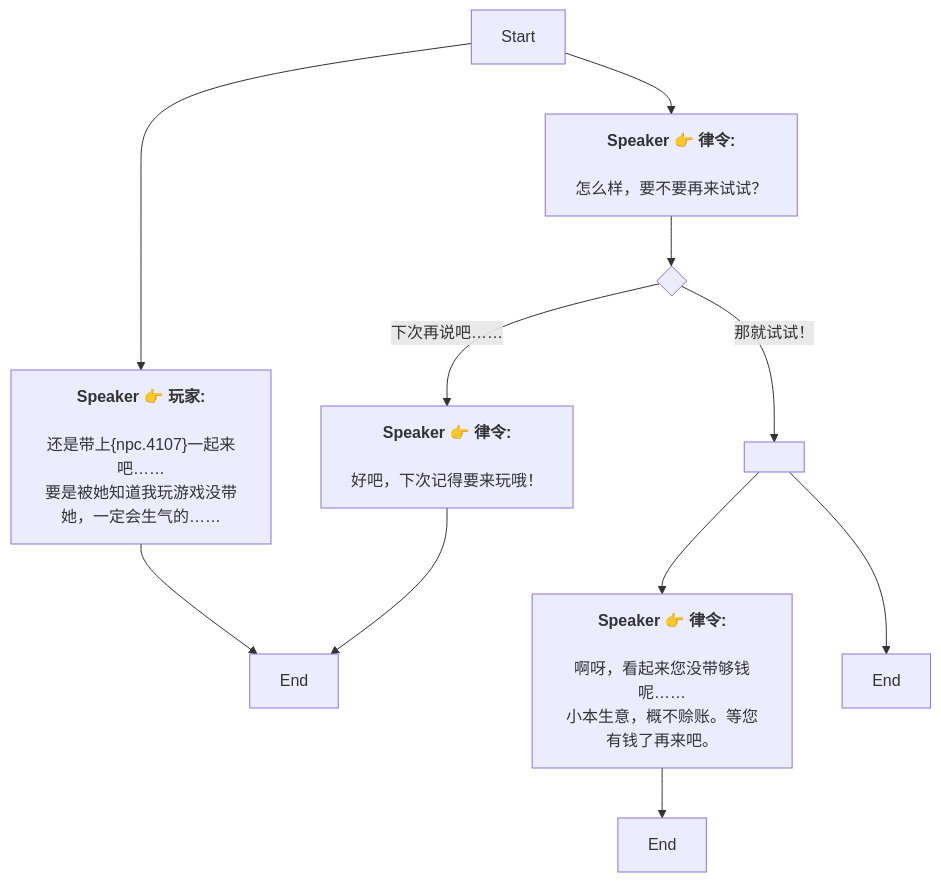
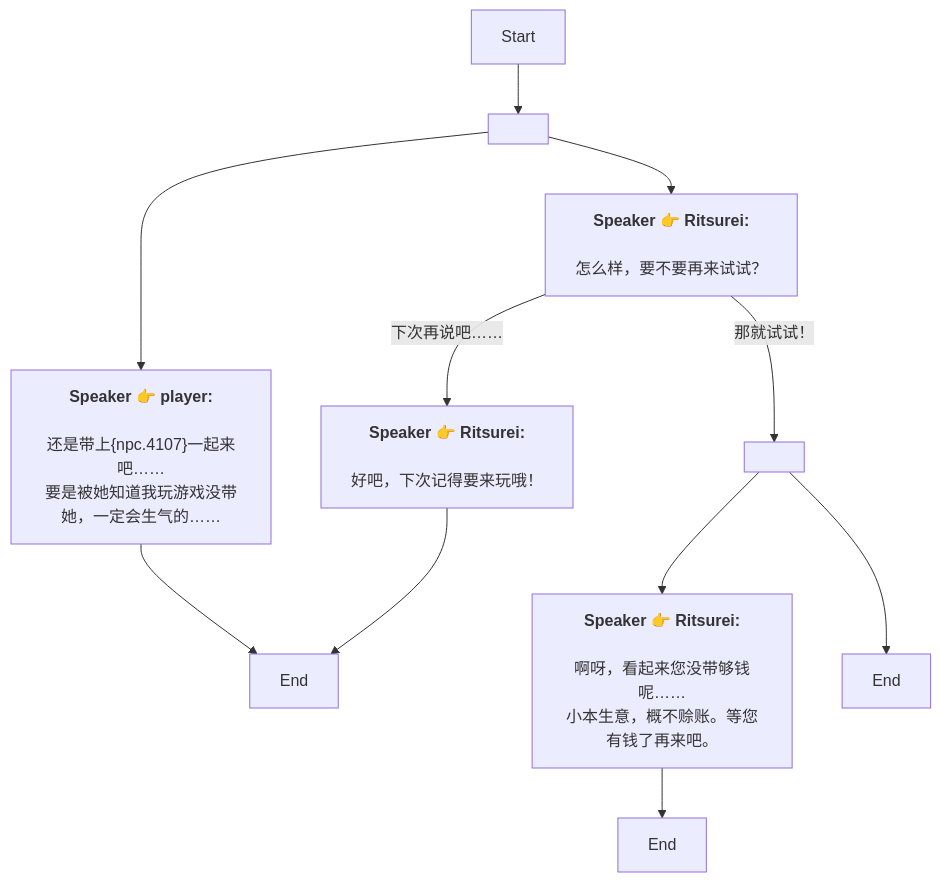
Before and after one commit to SoftHu/tos_avg: the diagram in Zh/QuestTalkObjectiveNode_1739410435579068.md, drawn with Mermaid. The commit also changed 737 other files, not shown here.

````diff
--- a/Zh/QuestTalkObjectiveNode_1739410435579068.md
+++ b/Zh/QuestTalkObjectiveNode_1739410435579068.md
@@ -1,24 +1,20 @@
 ```mermaid
 graph
-Start -->1739504820563192[<b>Speaker 👉 玩家:</b>
-
-还是带上&lbrace;npc.4107&rbrace;一起来吧……
+Start -->1739504820562167[ ]
+1739504820562167 -->1739504820563192[<b>Speaker 👉 player:</b>
+\n还是带上&lbrace;npc.4107&rbrace;一起来吧……
 要是被她知道我玩游戏没带她，一定会生气的……]
-Start -->1739410498958538[<b>Speaker 👉 律令:</b>
-
-怎么样，要不要再来试试？]
+1739504820562167 -->1739410498958538[<b>Speaker 👉 Ritsurei:</b>
+\n怎么样，要不要再来试试？]
 1739504820563192 -->1739410498959566[End]
-1739410498958538 -->1739410498959565{ }
-1739410498959565 -->|那就试试！|1739410498959567[ ]
-1739410498959565 -->|下次再说吧……|1739505094255868[<b>Speaker 👉 律令:</b>
-
-好吧，下次记得要来玩哦！]
-1739410498959567 -->1739410498960593[<b>Speaker 👉 律令:</b>
-
-啊呀，看起来您没带够钱呢……
+1739410498958538 -->|那就试试！|1739410498959567[ ]
+1739410498958538 -->|下次再说吧……|1739505094255868[<b>Speaker 👉 Ritsurei:</b>
+\n好吧，下次记得要来玩哦！]
+1739410498959567 -->1739410498960593[<b>Speaker 👉 Ritsurei:</b>
+\n啊呀，看起来您没带够钱呢……
 小本生意，概不赊账。等您有钱了再来吧。]
 1739410498959567 -->1739410498959568[End]
 1739410498960593 -->1739410498960594[End]
 1739505094255868 -->1739410498959566[End]
 
- ```
+```
````
